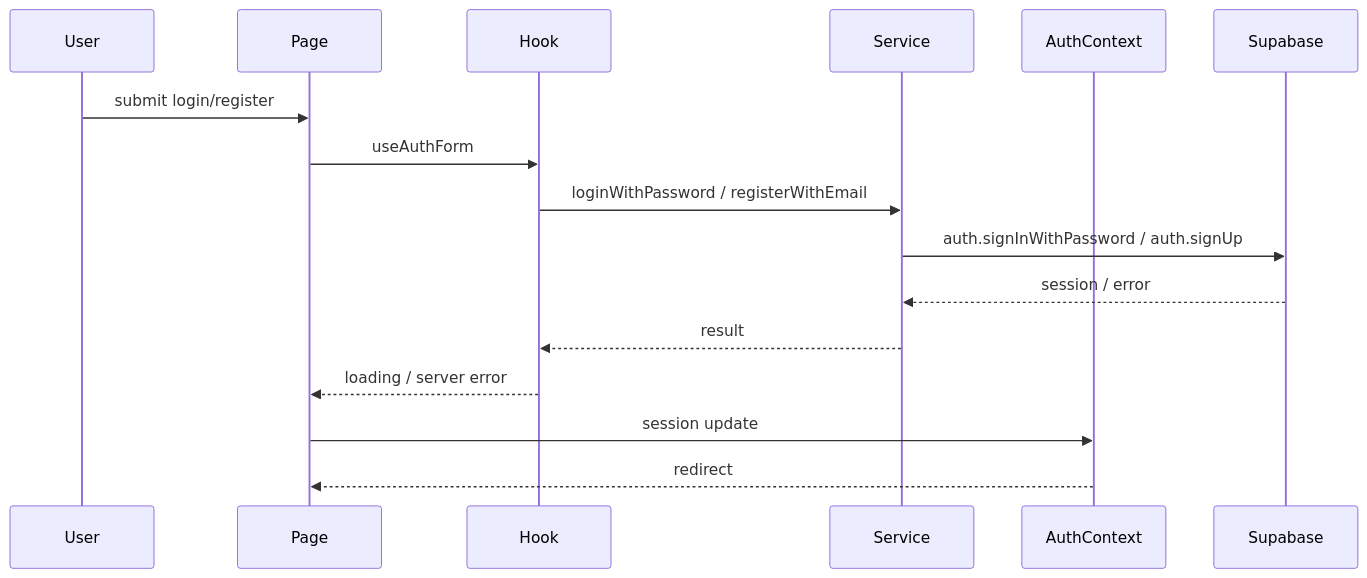
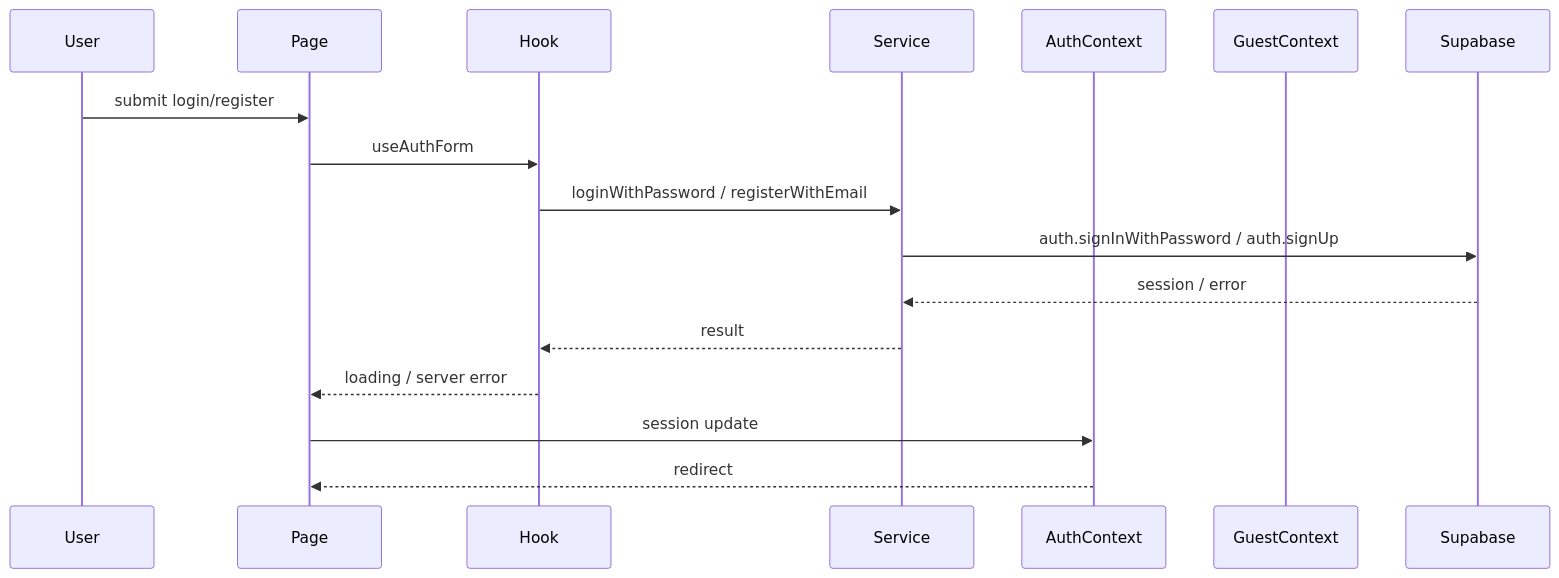
Before and after one commit to hoz2syr/svucomunity_V3: the diagram in untitled/src/docs/diagrams/frontend-auth-flow.md, drawn with Mermaid. The commit also changed other lines of this file and 622 other files, not shown here.

````diff
--- a/untitled/src/docs/diagrams/frontend-auth-flow.md
+++ b/untitled/src/docs/diagrams/frontend-auth-flow.md
@@ -3,19 +3,20 @@
 ```mermaid
 sequenceDiagram
   participant U as User
   participant P as Page
   participant H as Hook
   participant S as Service
   participant A as AuthContext
+  participant G as GuestContext
   participant B as Supabase
 
   U->>P: submit login/register
   P->>H: useAuthForm
   H->>S: loginWithPassword / registerWithEmail
   S->>B: auth.signInWithPassword / auth.signUp
   B-->>S: session / error
   S-->>H: result
   H-->>P: loading / server error
   P->>A: session update
   A-->>P: redirect
 ```
````
